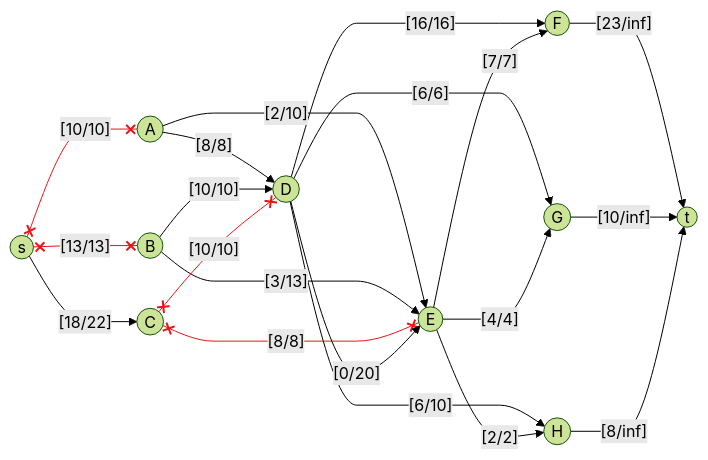
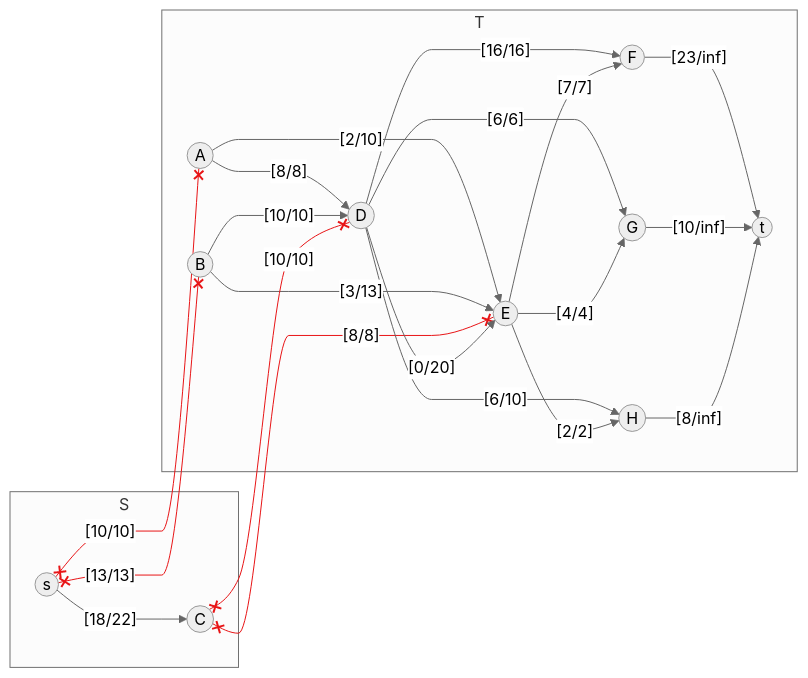
Before and after one commit to bartlomiejkrawczyk/MOM-24L: the third of 6 diagrams in 01_project/README.md, drawn with Mermaid. The commit also changed other lines of this file and 2 other files, not shown here.

Commit message:
Almost finished

````diff
--- a/01_project/README.md
+++ b/01_project/README.md
@@ -338,46 +340,51 @@
 ```{.mermaid scale=2 caption="TODO"}
-%%{init:{'theme':'forest', 'flowchart': {'curve':'monotoneX'}}}%%
+%%{init:{'theme':'neutral', 'flowchart': {'curve':'monotoneX'}}}%%
 flowchart LR
-    s((s))
-    C((C))
 
-    A((A))
-    B((B))
-    D((D))
-    E((E))
-    F((F))
-    G((G))
-    H((H))
-    t((t))
+    subgraph S
+        s((s))
+        C((C))
+    end
+
+    subgraph T
+        A((A))
+        B((B))
+        D((D))
+        E((E))
+        F((F))
+        G((G))
+        H((H))
+        t((t))
+    end
 
     %% Zdolności wydobywcze
     s x--[10/10]--x A
     s x--[13/13]--x B
     s --[18/22]--> C
     
     linkStyle 0,1 stroke:#e81416 ;
     
     A --[8/8]--> D
     A --[2/10]--> E
 
     B --[10/10]--> D
     B --[3/13]--> E
 
     C x--[10/10]--x D
     C x--[8/8]--x E
     
     linkStyle 7,8 stroke:#e81416 ;
 
     D --[0/20]--> E
     D --[16/16]--> F
     D --[6/6]--> G
     D --[6/10]--> H
 
     E --[7/7]--> F
     E --[4/4]--> G
     E --[2/2]--> H
 
     F --[23/inf]--> t
     G --[10/inf]--> t
     H --[8/inf]--> t
 ```
````
